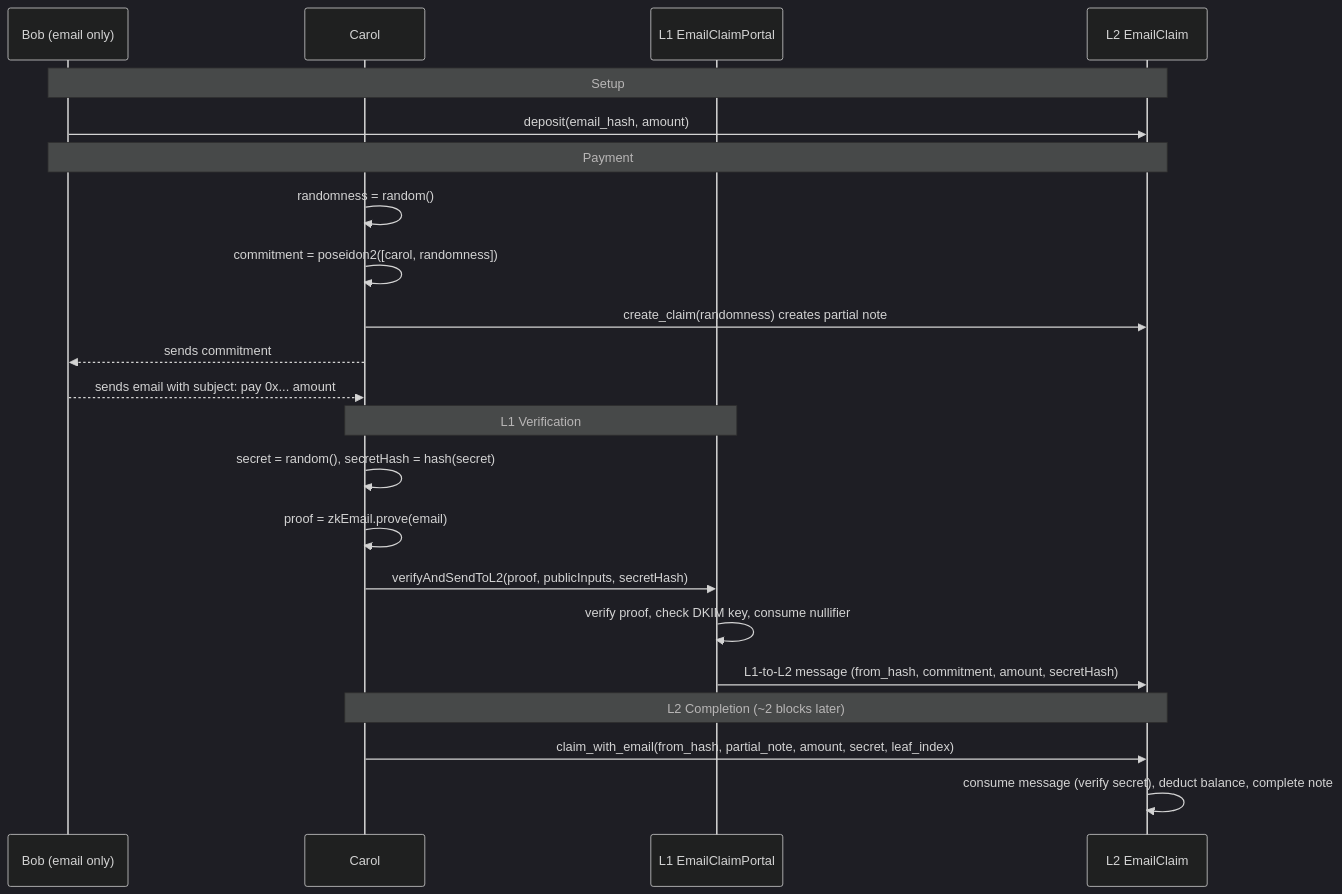
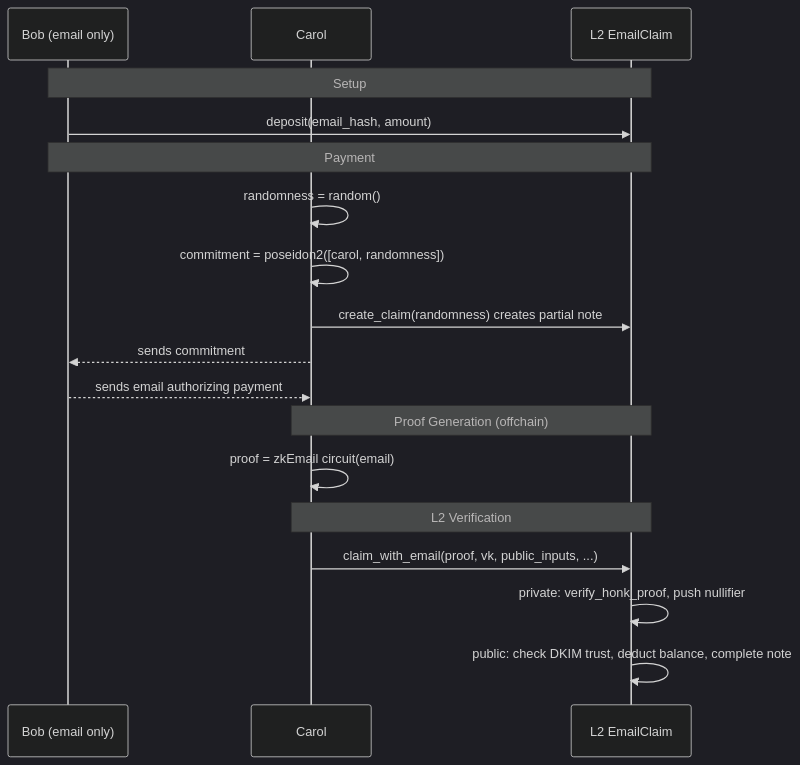
The second of 2 diagrams in docs/docs-developers/docs/tutorials/contract_tutorials/offchain_transfer.md (AztecProtocol/aztec-packages), drawn with Mermaid (dark theme) before and after one commit. The commit also changed other lines of this file and 5 other files, not shown here.

First line of the commit message:
feat: replace L1 portal with L2-only recursive proof verification for email claims

````diff
--- a/docs/docs-developers/docs/tutorials/contract_tutorials/offchain_transfer.md
+++ b/docs/docs-developers/docs/tutorials/contract_tutorials/offchain_transfer.md
@@ -224,28 +226,24 @@
 ```mermaid
 sequenceDiagram
     participant Bob as Bob (email only)
     participant Carol
-    participant L1 as L1 EmailClaimPortal
     participant L2 as L2 EmailClaim
 
     Note over Bob,L2: Setup
     Bob->>L2: deposit(email_hash, amount)
 
     Note over Bob,L2: Payment
     Carol->>Carol: randomness = random()
     Carol->>Carol: commitment = poseidon2([carol, randomness])
     Carol->>L2: create_claim(randomness) creates partial note
     Carol-->>Bob: sends commitment
-    Bob-->>Carol: sends email with subject: pay 0x... amount
+    Bob-->>Carol: sends email authorizing payment
 
-    Note over Carol,L1: L1 Verification
-    Carol->>Carol: secret = random(), secretHash = hash(secret)
-    Carol->>Carol: proof = zkEmail.prove(email)
-    Carol->>L1: verifyAndSendToL2(proof, publicInputs, secretHash)
-    L1->>L1: verify proof, check DKIM key, consume nullifier
-    L1->>L2: L1-to-L2 message (from_hash, commitment, amount, secretHash)
+    Note over Carol,L2: Proof Generation (offchain)
+    Carol->>Carol: proof = zkEmail circuit(email)
 
-    Note over Carol,L2: L2 Completion (~2 blocks later)
-    Carol->>L2: claim_with_email(from_hash, partial_note, amount, secret, leaf_index)
-    L2->>L2: consume message (verify secret), deduct balance, complete note
+    Note over Carol,L2: L2 Verification
+    Carol->>L2: claim_with_email(proof, vk, public_inputs, ...)
+    L2->>L2: private: verify_honk_proof, push nullifier
+    L2->>L2: public: check DKIM trust, deduct balance, complete note
 ```
````
